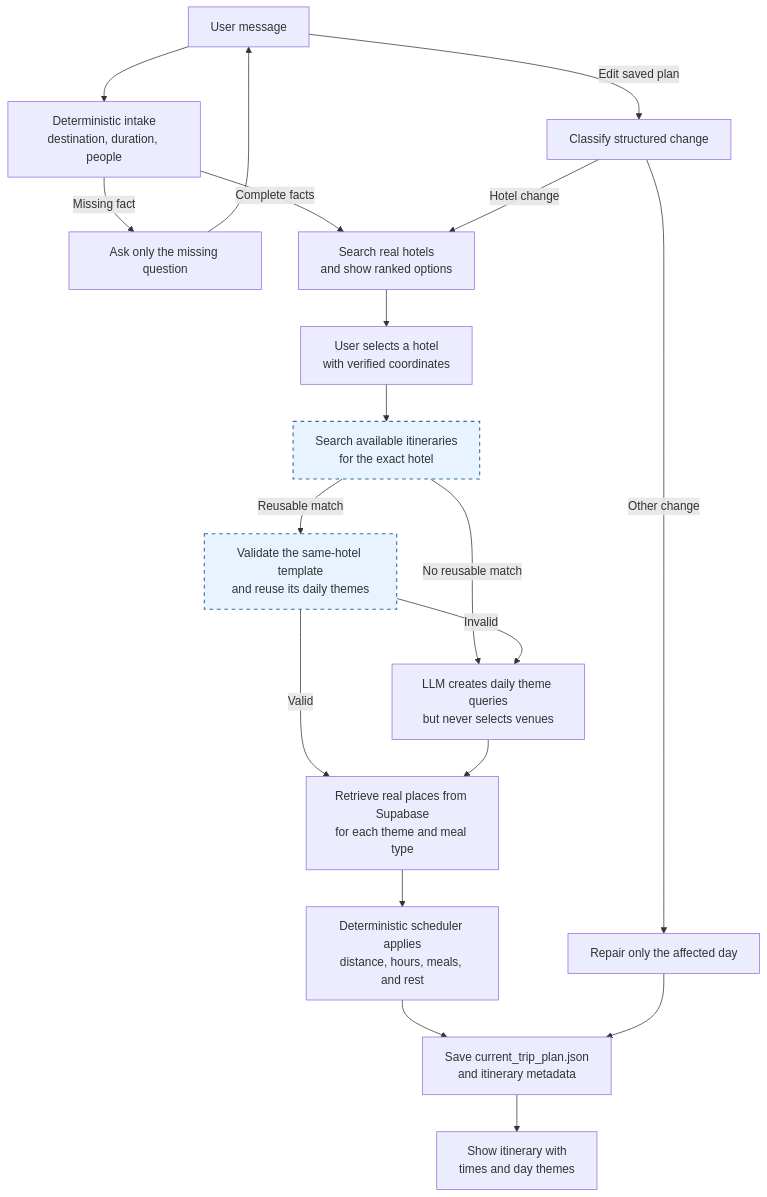
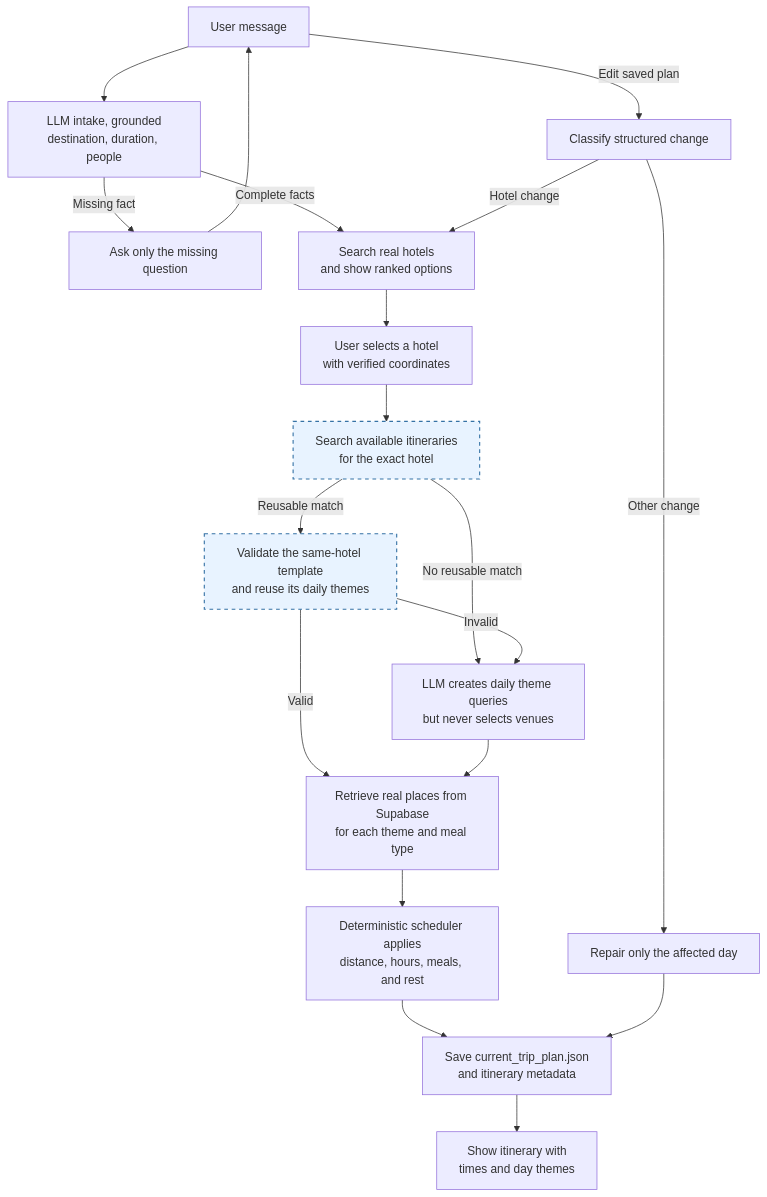
One commit to 0infinitive0/VSF-Intern-project changed the first of 4 diagrams in docs/architecture/agent_workflow_and_semantic_search_stack.md. Above: the diagram before and after it, drawn with Mermaid. The commit also changed other lines of this file and 11 other files, not shown here.

Commit message:
feat: update use llm for take trip intake

````diff
--- a/docs/architecture/agent_workflow_and_semantic_search_stack.md
+++ b/docs/architecture/agent_workflow_and_semantic_search_stack.md
@@ -20,25 +20,25 @@
 ```mermaid
 flowchart TD
-    U["User message"] --> I["Deterministic intake<br/>destination, duration, people"]
+    U["User message"] --> I["LLM intake, grounded<br/>destination, duration, people"]
     I -->|"Missing fact"| Q["Ask only the missing question"]
     Q --> U
     I -->|"Complete facts"| H["Search real hotels<br/>and show ranked options"]
     H --> S["User selects a hotel<br/>with verified coordinates"]
     S --> A["Search available itineraries<br/>for the exact hotel"]
     A -->|"No reusable match"| T["LLM creates daily theme queries<br/>but never selects venues"]
     A -->|"Reusable match"| W["Validate the same-hotel template<br/>and reuse its daily themes"]
     W -->|"Valid"| R
     W -->|"Invalid"| T
     T --> R["Retrieve real places from Supabase<br/>for each theme and meal type"]
     R --> D["Deterministic scheduler applies<br/>distance, hours, meals, and rest"]
     D --> P["Save current_trip_plan.json<br/>and itinerary metadata"]
     P --> O["Show itinerary with<br/>times and day themes"]
 
     U -->|"Edit saved plan"| C["Classify structured change"]
     C -->|"Hotel change"| H
     C -->|"Other change"| V["Repair only the affected day"]
     V --> P
 
     classDef reuse fill:#e8f3ff,stroke:#3572a5,stroke-width:1.5px,stroke-dasharray:5 5;
     class A,W reuse;
 ```
````
